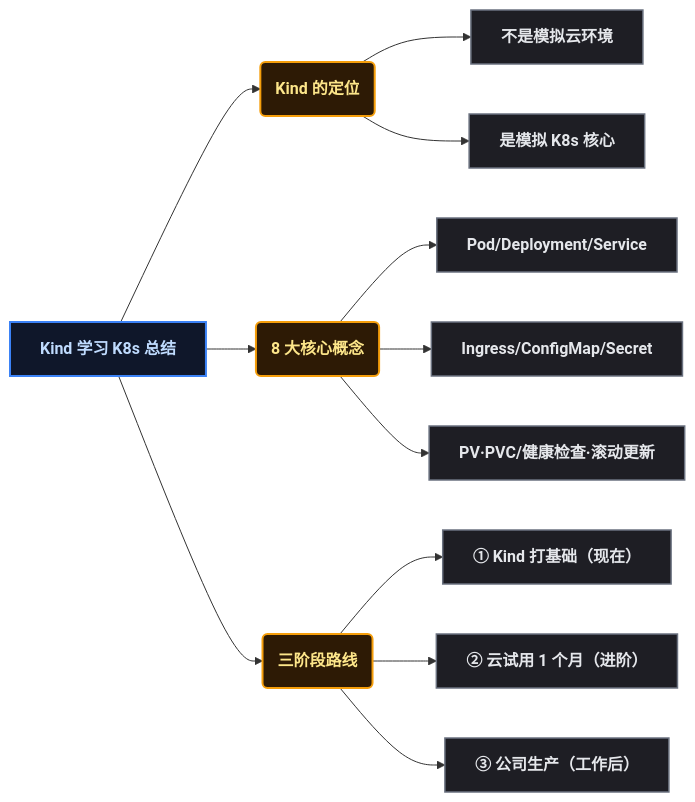
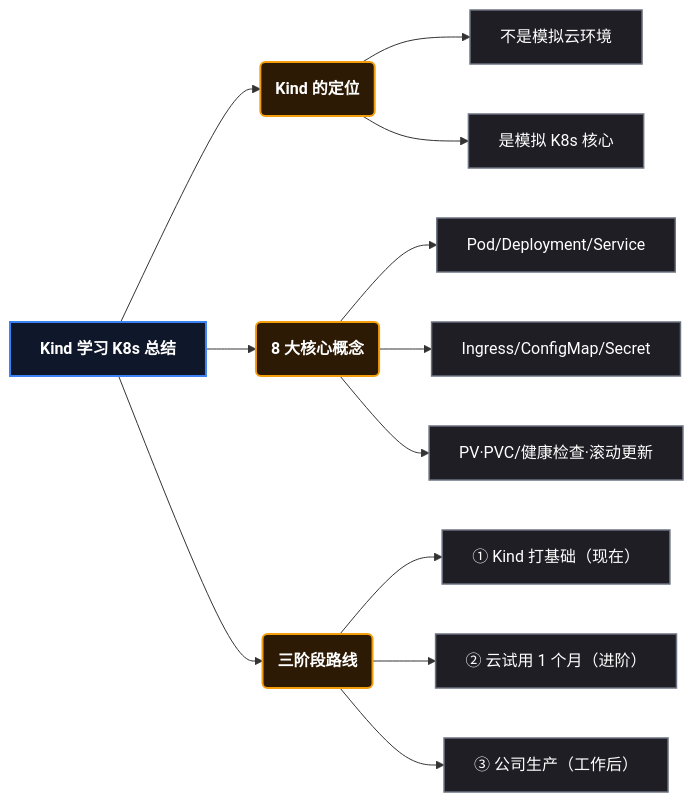
Diagram 12 of 12 in content/posts/kubernetes/KindWslMigration.md (yaocat55/yaocat55.github.io), drawn with Mermaid before and after one commit. The commit also changed other lines of this file and 27 other files, not shown here.

Commit message:
docs: 全系列 93 张 Mermaid 图 classDef 改为 style 强制深底白字(修复部分渲染器白底浅字)+历史文件格式清理

````diff
--- a/content/posts/kubernetes/KindWslMigration.md
+++ b/content/posts/kubernetes/KindWslMigration.md
@@ -1378,30 +1394,34 @@
 ```mermaid
 flowchart LR
     %% ==========================================
     %% 样式定义
     %% ==========================================
-classDef root fill:#0f172a,stroke:#3b82f6,stroke-width:2px,color:#bfdbfe,font-weight:bold;
-classDef branch fill:#2d1a05,stroke:#f59e0b,stroke-width:2px,color:#fde68a,font-weight:bold;
-classDef leaf fill:#1e1e24,stroke:#6b7280,stroke-width:1.5px,color:#e5e7eb;
-classDef highlight fill:#450a0a,stroke:#dc2626,stroke-width:1.5px,color:#fecaca,font-weight:bold;
 
     ROOT[Kind 学习 K8s 总结]
 
     ROOT --> B1(Kind 的定位)
     B1 --> B1A["不是模拟云环境"]
     B1 --> B1B["是模拟 K8s 核心"]
 
     ROOT --> B2(8 大核心概念)
     B2 --> B2A["Pod/Deployment/Service"]
     B2 --> B2B["Ingress/ConfigMap/Secret"]
     B2 --> B2C["PV·PVC/健康检查·滚动更新"]
 
     ROOT --> B3(三阶段路线)
     B3 --> B3A["① Kind 打基础（现在）"]
     B3 --> B3B["② 云试用 1 个月（进阶）"]
     B3 --> B3C["③ 公司生产（工作后）"]
-
-    class ROOT root;
-    class B1,B2,B3 branch;
-    class B1A,B1B,B2A,B2B,B2C,B3A,B3B,B3C leaf;
+    style ROOT fill:#0f172a,stroke:#3b82f6,stroke-width:2px,color:#ffffff,font-weight:bold
+    style B1 fill:#2d1a05,stroke:#f59e0b,stroke-width:2px,color:#ffffff,font-weight:bold
+    style B2 fill:#2d1a05,stroke:#f59e0b,stroke-width:2px,color:#ffffff,font-weight:bold
+    style B3 fill:#2d1a05,stroke:#f59e0b,stroke-width:2px,color:#ffffff,font-weight:bold
+    style B1A fill:#1e1e24,stroke:#6b7280,stroke-width:1.5px,color:#ffffff
+    style B1B fill:#1e1e24,stroke:#6b7280,stroke-width:1.5px,color:#ffffff
+    style B2A fill:#1e1e24,stroke:#6b7280,stroke-width:1.5px,color:#ffffff
+    style B2B fill:#1e1e24,stroke:#6b7280,stroke-width:1.5px,color:#ffffff
+    style B2C fill:#1e1e24,stroke:#6b7280,stroke-width:1.5px,color:#ffffff
+    style B3A fill:#1e1e24,stroke:#6b7280,stroke-width:1.5px,color:#ffffff
+    style B3B fill:#1e1e24,stroke:#6b7280,stroke-width:1.5px,color:#ffffff
+    style B3C fill:#1e1e24,stroke:#6b7280,stroke-width:1.5px,color:#ffffff
 ```
````
